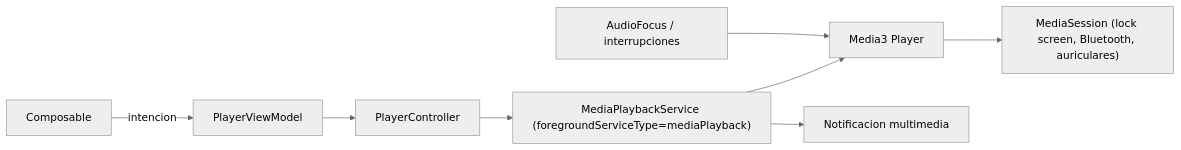
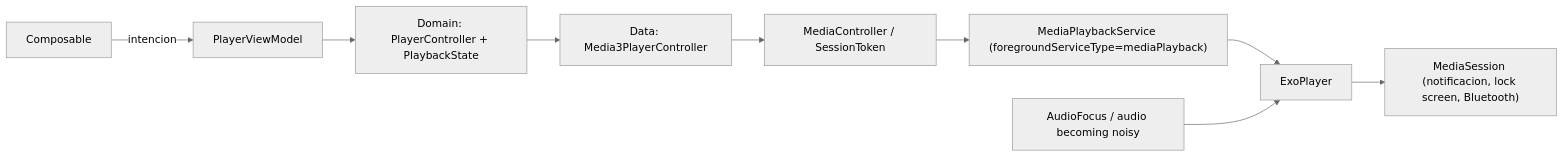
Before and after one commit to RapNautico/DonwloaderMp3: the second of 3 diagrams in ARCHITECTURE.md, drawn with Mermaid (neutral theme). The commit also changed other lines of this file and 26 other files, not shown here.

````diff
--- a/ARCHITECTURE.md
+++ b/ARCHITECTURE.md
@@ -107,10 +107,11 @@
 ```mermaid
 flowchart LR
     Screen["Composable"] -->|intencion| PVM["PlayerViewModel"]
-    PVM --> PC["PlayerController"]
-    PC --> SVC["MediaPlaybackService (foregroundServiceType=mediaPlayback)"]
-    SVC --> MS3["Media3 Player"]
-    MS3 --> MSES["MediaSession (lock screen, Bluetooth, auriculares)"]
-    AF["AudioFocus / interrupciones"] --> MS3
-    SVC --> NOTIF["Notificacion multimedia"]
+    PVM --> DOMAIN["Domain: PlayerController + PlaybackState"]
+    DOMAIN --> DATA["Data: Media3PlayerController"]
+    DATA --> SESSION["MediaController / SessionToken"]
+    SESSION --> SVC["MediaPlaybackService (foregroundServiceType=mediaPlayback)"]
+    SVC --> MS3["ExoPlayer"]
+    MS3 --> MSES["MediaSession (notificacion, lock screen, Bluetooth)"]
+    AF["AudioFocus / audio becoming noisy"] --> MS3
 ```
````
